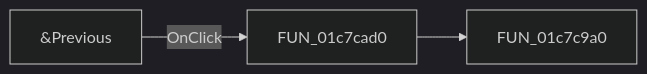
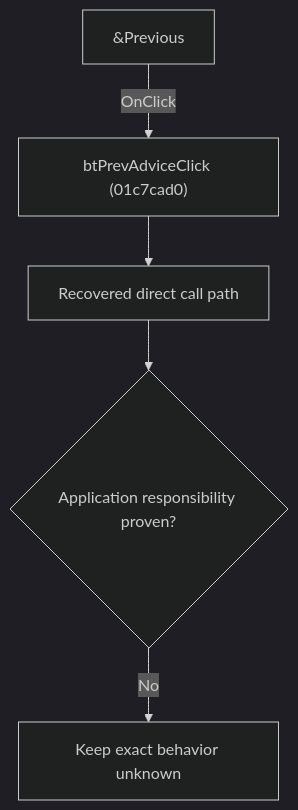
One commit to MovGP0/TIARA changed the diagram in docs/ui-controls/schematiceditor/btprevadvice-b0ff245847.md. Above: the diagram before and after it, drawn with Mermaid (dark theme). The commit also changed other lines of this file and 1062 other files, not shown here.

````diff
--- a/docs/ui-controls/schematiceditor/btprevadvice-b0ff245847.md
+++ b/docs/ui-controls/schematiceditor/btprevadvice-b0ff245847.md
@@ -27,5 +27,7 @@
 ```mermaid
-flowchart LR
-    control["&Previous"] -->|OnClick| handler["FUN_01c7cad0"]
-    handler --> call1["FUN_01c7c9a0"]
+flowchart TD
+    control["&Previous"] -->|"OnClick"| handler["btPrevAdviceClick (01c7cad0)"]
+    handler --> recovered["Recovered direct call path"]
+    recovered --> gap{"Application responsibility proven?"}
+    gap -->|"No"| blocked["Keep exact behavior unknown"]
 ```
````
